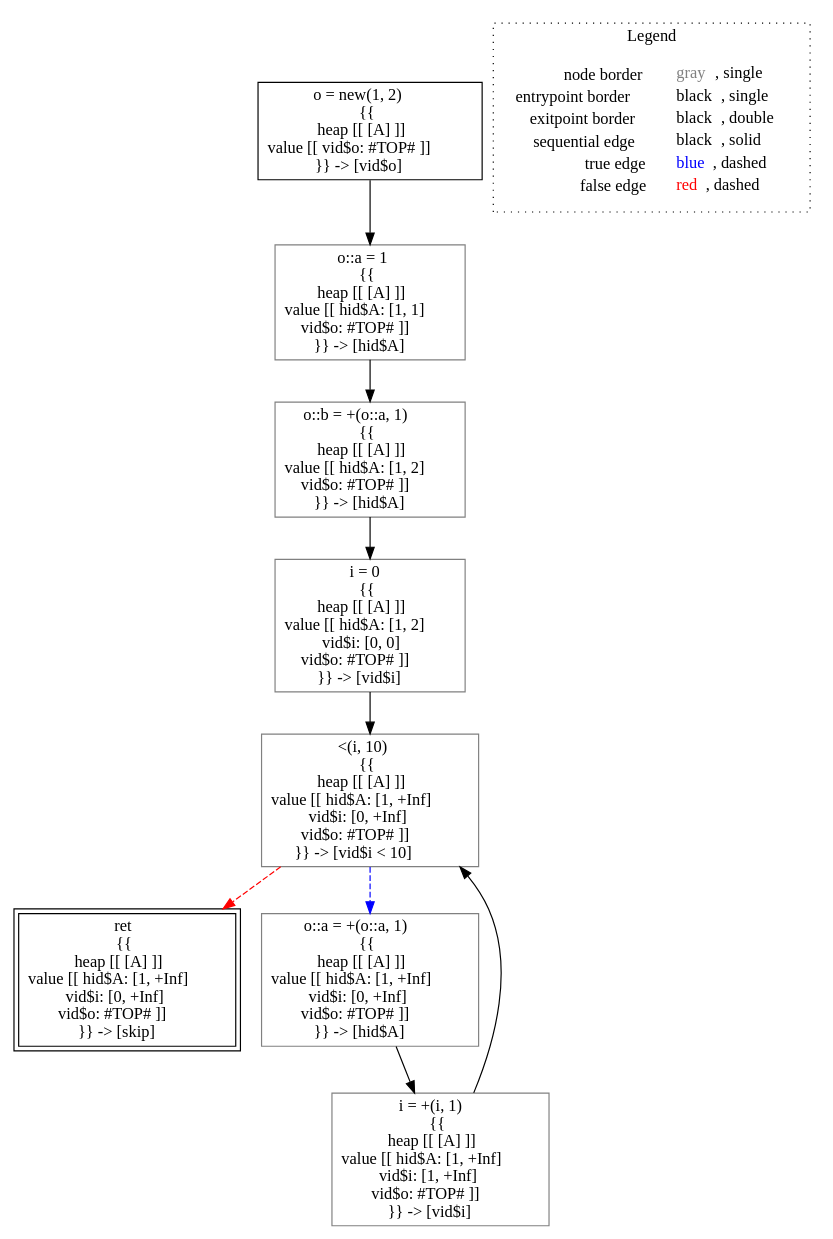
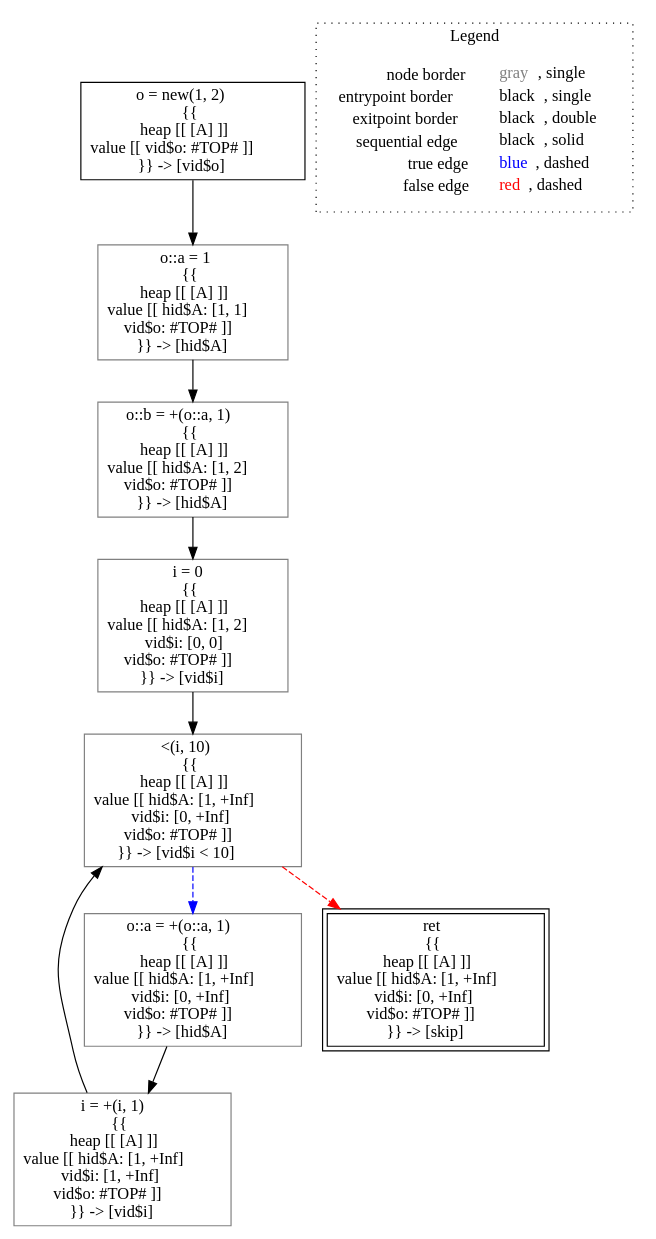
One commit to lisa-analyzer/lisa changed the diagram in lisa/imp-testcases/heap/type-based-heap/analysis___untyped_A.f2().dot. Above: the diagram before and after it, drawn with Graphviz. The commit also changed 6 other files, not shown here.

```diff
--- a/lisa/imp-testcases/heap/type-based-heap/analysis___untyped_A.f2().dot
+++ b/lisa/imp-testcases/heap/type-based-heap/analysis___untyped_A.f2().dot
@@ -1,25 +1,25 @@
 digraph {
 	"node0" [shape="rect",color="black",label=<o = new(1, 2)<BR/>{{<BR/>heap [[ [A] ]]<BR/>value [[ vid$o: #TOP# ]]<BR/>}} -&gt; [vid$o]>];
-	"node1" [shape="rect",color="gray",label=<&lt;(i, 10)<BR/>{{<BR/>heap [[ [A] ]]<BR/>value [[ hid$A: [1, +Inf]<BR/>vid$i: [0, +Inf]<BR/>vid$o: #TOP# ]]<BR/>}} -&gt; [vid$i &lt; 10]>];
-	"node2" [shape="rect",color="black",peripheries="2",label=<ret<BR/>{{<BR/>heap [[ [A] ]]<BR/>value [[ hid$A: [1, +Inf]<BR/>vid$i: [0, +Inf]<BR/>vid$o: #TOP# ]]<BR/>}} -&gt; [skip]>];
-	"node3" [shape="rect",color="gray",label=<o::b = +(o::a, 1)<BR/>{{<BR/>heap [[ [A] ]]<BR/>value [[ hid$A: [1, 2]<BR/>vid$o: #TOP# ]]<BR/>}} -&gt; [hid$A]>];
-	"node4" [shape="rect",color="gray",label=<i = 0<BR/>{{<BR/>heap [[ [A] ]]<BR/>value [[ hid$A: [1, 2]<BR/>vid$i: [0, 0]<BR/>vid$o: #TOP# ]]<BR/>}} -&gt; [vid$i]>];
-	"node5" [shape="rect",color="gray",label=<i = +(i, 1)<BR/>{{<BR/>heap [[ [A] ]]<BR/>value [[ hid$A: [1, +Inf]<BR/>vid$i: [1, +Inf]<BR/>vid$o: #TOP# ]]<BR/>}} -&gt; [vid$i]>];
-	"node6" [shape="rect",color="gray",label=<o::a = +(o::a, 1)<BR/>{{<BR/>heap [[ [A] ]]<BR/>value [[ hid$A: [1, +Inf]<BR/>vid$i: [0, +Inf]<BR/>vid$o: #TOP# ]]<BR/>}} -&gt; [hid$A]>];
-	"node7" [shape="rect",color="gray",label=<o::a = 1<BR/>{{<BR/>heap [[ [A] ]]<BR/>value [[ hid$A: [1, 1]<BR/>vid$o: #TOP# ]]<BR/>}} -&gt; [hid$A]>];
-	"node1" -> "node2" [color="red",style="dashed"];
-	"node1" -> "node6" [color="blue",style="dashed"];
+	"node1" [shape="rect",color="gray",label=<o::a = 1<BR/>{{<BR/>heap [[ [A] ]]<BR/>value [[ hid$A: [1, 1]<BR/>vid$o: #TOP# ]]<BR/>}} -&gt; [hid$A]>];
+	"node2" [shape="rect",color="gray",label=<o::b = +(o::a, 1)<BR/>{{<BR/>heap [[ [A] ]]<BR/>value [[ hid$A: [1, 2]<BR/>vid$o: #TOP# ]]<BR/>}} -&gt; [hid$A]>];
+	"node3" [shape="rect",color="gray",label=<o::a = +(o::a, 1)<BR/>{{<BR/>heap [[ [A] ]]<BR/>value [[ hid$A: [1, +Inf]<BR/>vid$i: [0, +Inf]<BR/>vid$o: #TOP# ]]<BR/>}} -&gt; [hid$A]>];
+	"node4" [shape="rect",color="gray",label=<i = +(i, 1)<BR/>{{<BR/>heap [[ [A] ]]<BR/>value [[ hid$A: [1, +Inf]<BR/>vid$i: [1, +Inf]<BR/>vid$o: #TOP# ]]<BR/>}} -&gt; [vid$i]>];
+	"node5" [shape="rect",color="gray",label=<i = 0<BR/>{{<BR/>heap [[ [A] ]]<BR/>value [[ hid$A: [1, 2]<BR/>vid$i: [0, 0]<BR/>vid$o: #TOP# ]]<BR/>}} -&gt; [vid$i]>];
+	"node6" [shape="rect",color="gray",label=<&lt;(i, 10)<BR/>{{<BR/>heap [[ [A] ]]<BR/>value [[ hid$A: [1, +Inf]<BR/>vid$i: [0, +Inf]<BR/>vid$o: #TOP# ]]<BR/>}} -&gt; [vid$i &lt; 10]>];
+	"node7" [shape="rect",color="black",peripheries="2",label=<ret<BR/>{{<BR/>heap [[ [A] ]]<BR/>value [[ hid$A: [1, +Inf]<BR/>vid$i: [0, +Inf]<BR/>vid$o: #TOP# ]]<BR/>}} -&gt; [skip]>];
+	"node1" -> "node2" [color="black"];
+	"node2" -> "node5" [color="black"];
 	"node3" -> "node4" [color="black"];
-	"node0" -> "node7" [color="black"];
-	"node4" -> "node1" [color="black"];
-	"node5" -> "node1" [color="black"];
-	"node6" -> "node5" [color="black"];
-	"node7" -> "node3" [color="black"];
+	"node4" -> "node6" [color="black"];
+	"node5" -> "node6" [color="black"];
+	"node6" -> "node3" [color="blue",style="dashed"];
+	"node6" -> "node7" [color="red",style="dashed"];
+	"node0" -> "node1" [color="black"];
 subgraph cluster_legend {
 	label="Legend";
 	style=dotted;
 	node [shape=plaintext];
 	"legend" [label=<<table border="0" cellpadding="2" cellspacing="0" cellborder="0"><tr><td align="right">node border&nbsp;</td><td align="left"><font color="gray">gray</font>, single</td></tr><tr><td align="right">entrypoint border&nbsp;</td><td align="left"><font color="black">black</font>, single</td></tr><tr><td align="right">exitpoint border&nbsp;</td><td align="left"><font color="black">black</font>, double</td></tr><tr><td align="right">sequential edge&nbsp;</td><td align="left"><font color="black">black</font>, solid</td></tr><tr><td align="right">true edge&nbsp;</td><td align="left"><font color="blue">blue</font>, dashed</td></tr><tr><td align="right">false edge&nbsp;</td><td align="left"><font color="red">red</font>, dashed</td></tr></table>>];
 }
 
 }
```
